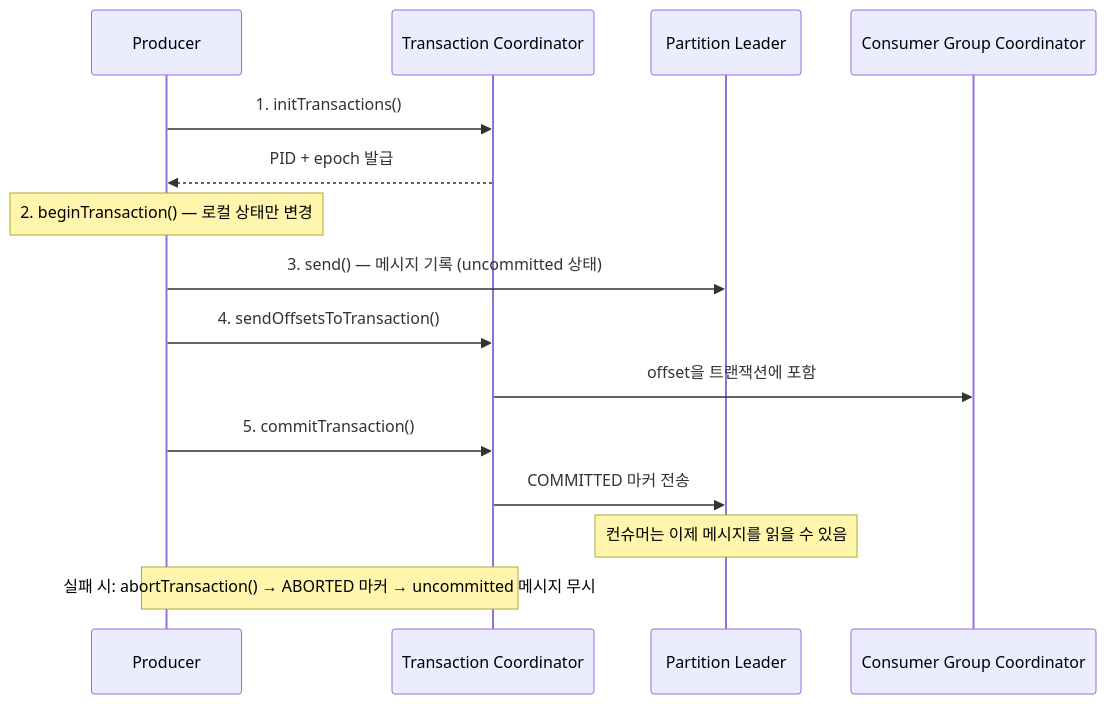
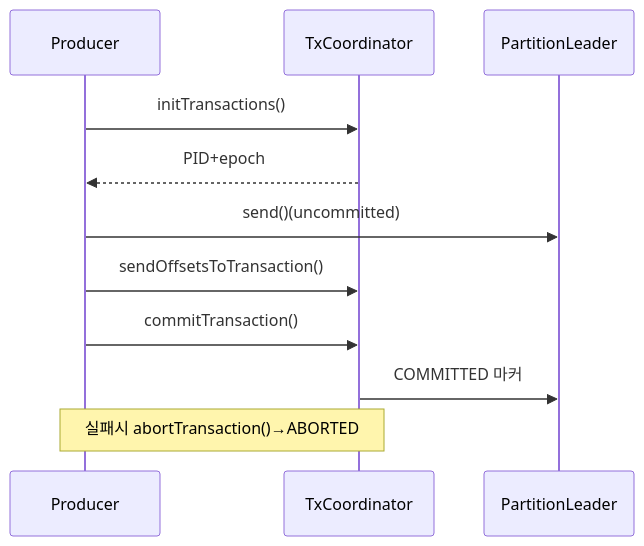
Before and after one commit to yjkim2015/yjkim2015.github.io: diagram 15 of 21 in _posts/kafka/2026-05-01-kafka-internals.md, drawn with Mermaid. The commit also changed other lines of this file and 215 other files, not shown here.

First line of the commit message:
신규 포스트 10개 추가 + Mermaid 전면 축소 + SystemDesign 시리즈 보강

````diff
--- a/_posts/kafka/2026-05-01-kafka-internals.md
+++ b/_posts/kafka/2026-05-01-kafka-internals.md
@@ -500,17 +442,13 @@
 ```mermaid
 sequenceDiagram
     participant P as Producer
-    participant TC as Transaction Coordinator
-    participant PL as Partition Leader
-    participant CGC as Consumer Group Coordinator
-    P->>TC: 1. initTransactions()
-    TC-->>P: PID + epoch 발급
-    Note over P: 2. beginTransaction() — 로컬 상태만 변경
-    P->>PL: 3. send() — 메시지 기록 (uncommitted 상태)
-    P->>TC: 4. sendOffsetsToTransaction()
-    TC->>CGC: offset을 트랜잭션에 포함
-    P->>TC: 5. commitTransaction()
-    TC->>PL: COMMITTED 마커 전송
-    Note over PL: 컨슈머는 이제 메시지를 읽을 수 있음
-    Note over P,TC: 실패 시: abortTransaction() → ABORTED 마커 → uncommitted 메시지 무시
+    participant TC as TxCoordinator
+    participant PL as PartitionLeader
+    P->>TC: initTransactions()
+    TC-->>P: PID+epoch
+    P->>PL: send()(uncommitted)
+    P->>TC: sendOffsetsToTransaction()
+    P->>TC: commitTransaction()
+    TC->>PL: COMMITTED 마커
+    Note over P,TC: 실패시 abortTransaction()→ABORTED
 ```
````
